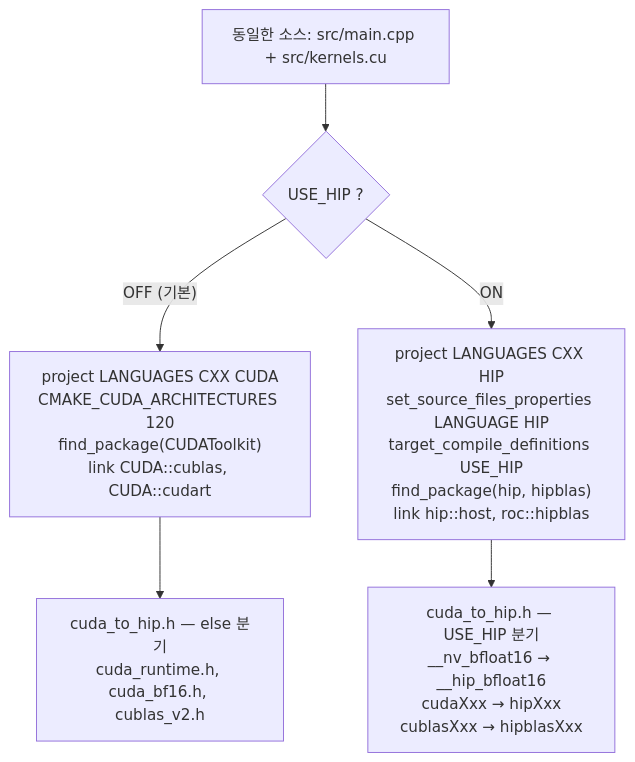
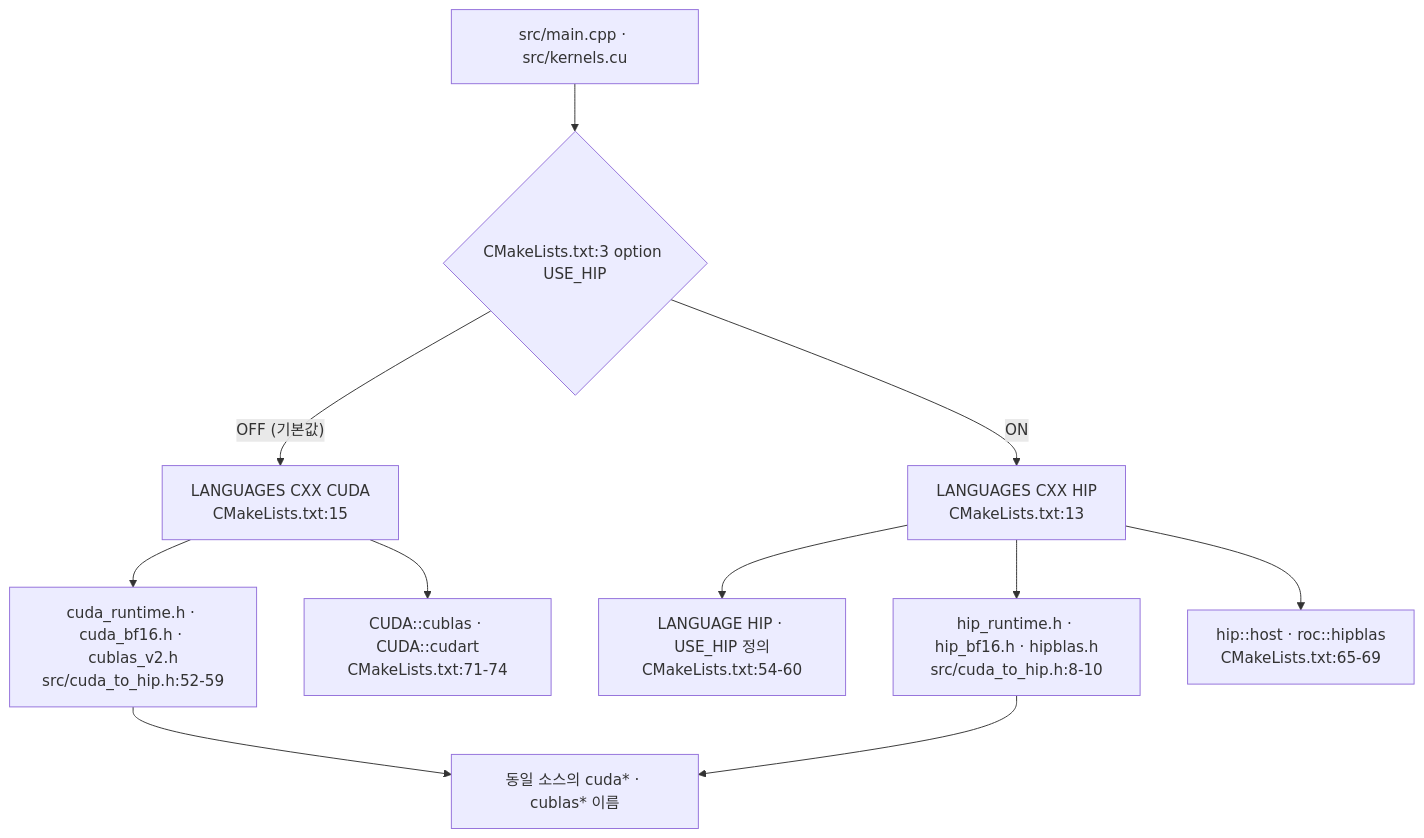
One commit to ryujaehun/ryujaehun.github.io changed the diagram in data/code-series/jmaczan--tiny-vllm/articles/ko-01.md. Above: the diagram before and after it, drawn with Mermaid. The commit also changed other lines of this file and 13 other files, not shown here.

````diff
--- a/data/code-series/jmaczan--tiny-vllm/articles/ko-01.md
+++ b/data/code-series/jmaczan--tiny-vllm/articles/ko-01.md
@@ -72,8 +112,13 @@
 ```mermaid
 flowchart TD
-    S["동일한 소스: src/main.cpp + src/kernels.cu"] --> H{"USE_HIP ?"}
-    H -- "OFF (기본)" --> C["project LANGUAGES CXX CUDA<br/>CMAKE_CUDA_ARCHITECTURES 120<br/>find_package(CUDAToolkit)<br/>link CUDA::cublas, CUDA::cudart"]
-    H -- "ON" --> R["project LANGUAGES CXX HIP<br/>set_source_files_properties LANGUAGE HIP<br/>target_compile_definitions USE_HIP<br/>find_package(hip, hipblas)<br/>link hip::host, roc::hipblas"]
-    C --> SH["cuda_to_hip.h — else 분기<br/>cuda_runtime.h, cuda_bf16.h, cublas_v2.h"]
-    R --> SH2["cuda_to_hip.h — USE_HIP 분기<br/>__nv_bfloat16 → __hip_bfloat16<br/>cudaXxx → hipXxx<br/>cublasXxx → hipblasXxx"]
+    SRC["src/main.cpp · src/kernels.cu"] --> OPT{"CMakeLists.txt:3 option USE_HIP"}
+    OPT -->|"OFF (기본값)"| CUDA["LANGUAGES CXX CUDA<br/>CMakeLists.txt:15"]
+    OPT -->|"ON"| HIP["LANGUAGES CXX HIP<br/>CMakeLists.txt:13"]
+    CUDA --> CUDAHDR["cuda_runtime.h · cuda_bf16.h · cublas_v2.h<br/>src/cuda_to_hip.h:52-59"]
+    CUDA --> CUDALINK["CUDA::cublas · CUDA::cudart<br/>CMakeLists.txt:71-74"]
+    HIP --> HIPLANG["LANGUAGE HIP · USE_HIP 정의<br/>CMakeLists.txt:54-60"]
+    HIP --> HIPHDR["hip_runtime.h · hip_bf16.h · hipblas.h<br/>src/cuda_to_hip.h:8-10"]
+    HIP --> HIPLINK["hip::host · roc::hipblas<br/>CMakeLists.txt:65-69"]
+    CUDAHDR --> SAME["동일 소스의 cuda* · cublas* 이름"]
+    HIPHDR --> SAME
 ```
````
